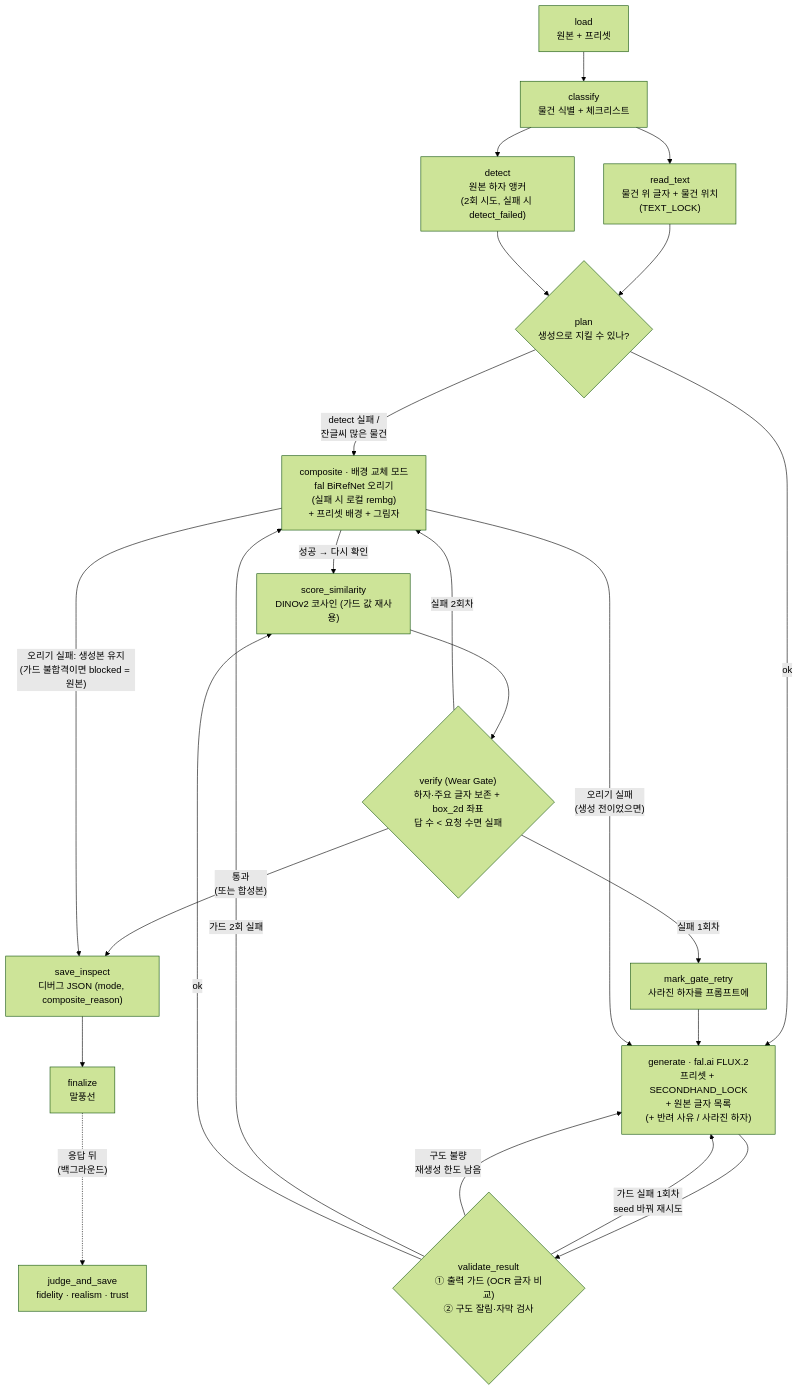
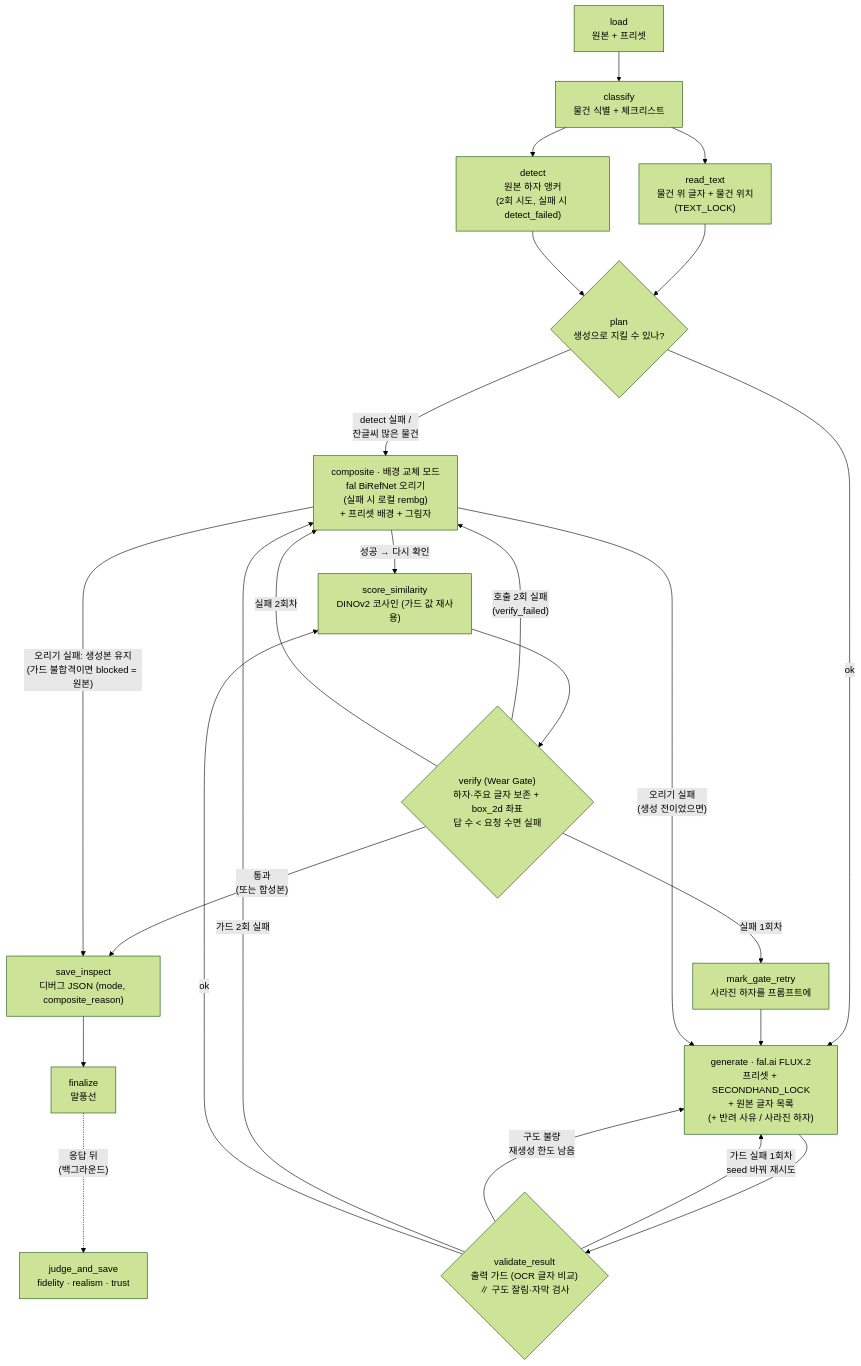
One commit to cha0620/Carret-App changed the diagram in Readme.ko.md. Above: the diagram before and after it, drawn with Mermaid (forest theme). The commit also changed other lines of this file and 3 other files, not shown here.

First line of the commit message:
docs: README·study 09-26 마무리 — verify_failed, judge 한 곳, make docs

````diff
--- a/Readme.ko.md
+++ b/Readme.ko.md
@@ -32,25 +32,26 @@
 ```mermaid
 flowchart TD
   L["load<br/>원본 + 프리셋"] --> C["classify<br/>물건 식별 + 체크리스트"]
   C --> T["read_text<br/>물건 위 글자 + 물건 위치<br/>(TEXT_LOCK)"]
   C --> D["detect<br/>원본 하자 앵커<br/>(2회 시도, 실패 시 detect_failed)"]
   T --> P{"plan<br/>생성으로 지킬 수 있나?"}
   D --> P
   P -->|"detect 실패 /<br/>잔글씨 많은 물건"| X
   P -->|ok| G["generate · fal.ai FLUX.2<br/>프리셋 + SECONDHAND_LOCK<br/>+ 원본 글자 목록<br/>(+ 반려 사유 / 사라진 하자)"]
-  G --> V{"validate_result<br/>① 출력 가드 (OCR 글자 비교)<br/>② 구도 잘림·자막 검사"}
+  G --> V{"validate_result<br/>출력 가드 (OCR 글자 비교)<br/>∥ 구도 잘림·자막 검사"}
   V -->|"가드 실패 1회차<br/>seed 바꿔 재시도"| G
   V -->|"구도 불량<br/>재생성 한도 남음"| G
   V -->|"가드 2회 실패"| X
   V -->|ok| S["score_similarity<br/>DINOv2 코사인 (가드 값 재사용)"]
   S --> VR{"verify (Wear Gate)<br/>하자·주요 글자 보존 + box_2d 좌표<br/>답 수 &lt; 요청 수면 실패"}
   VR -->|"통과<br/>(또는 합성본)"| I
   VR -->|"실패 1회차"| R["mark_gate_retry<br/>사라진 하자를 프롬프트에"]
   R --> G
+  VR -->|"호출 2회 실패<br/>(verify_failed)"| X
   VR -->|"실패 2회차"| X["composite · 배경 교체 모드<br/>fal BiRefNet 오리기<br/>(실패 시 로컬 rembg)<br/>+ 프리셋 배경 + 그림자"]
   X -->|"성공 → 다시 확인"| S
   X -->|"오리기 실패<br/>(생성 전이었으면)"| G
   X -->|"오리기 실패: 생성본 유지<br/>(가드 불합격이면 blocked = 원본)"| I
   I["save_inspect<br/>디버그 JSON (mode, composite_reason)"] --> F["finalize<br/>말풍선"]
   F -.->|"응답 뒤<br/>(백그라운드)"| J["judge_and_save<br/>fidelity · realism · trust"]
 ```
````
